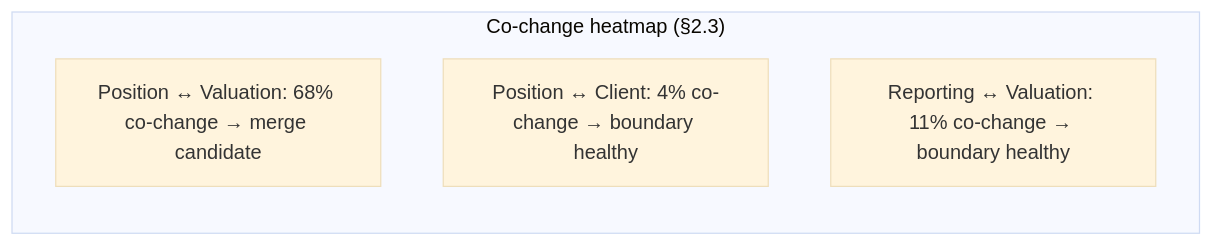
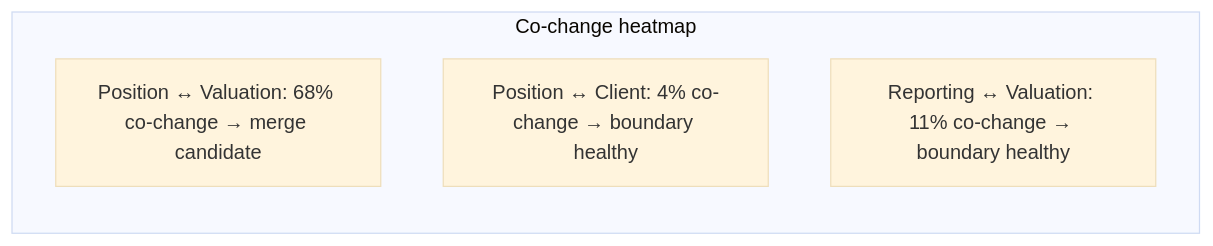
One commit to umashankarp/InterviewQuestions changed the second of 4 diagrams in 17-Microservices/07-Decomposition-Failures-Service-Right-Sizing.md. Above: the diagram before and after it, drawn with Mermaid (base theme). The commit also changed other lines of this file and 173 other files, not shown here.

````diff
--- a/17-Microservices/07-Decomposition-Failures-Service-Right-Sizing.md
+++ b/17-Microservices/07-Decomposition-Failures-Service-Right-Sizing.md
@@ -85,8 +85,8 @@
 ```mermaid
 graph LR
-    subgraph "Co-change heatmap (§2.3)"
-        M["Position ↔ Valuation: 68% co-change → merge candidate"]
-        M2["Position ↔ Client: 4% co-change → boundary healthy"]
-        M3["Reporting ↔ Valuation: 11% co-change → boundary healthy"]
-    end
+ subgraph "Co-change heatmap"
+ M["Position ↔ Valuation: 68% co-change → merge candidate"]
+ M2["Position ↔ Client: 4% co-change → boundary healthy"]
+ M3["Reporting ↔ Valuation: 11% co-change → boundary healthy"]
+ end
 ```
````
